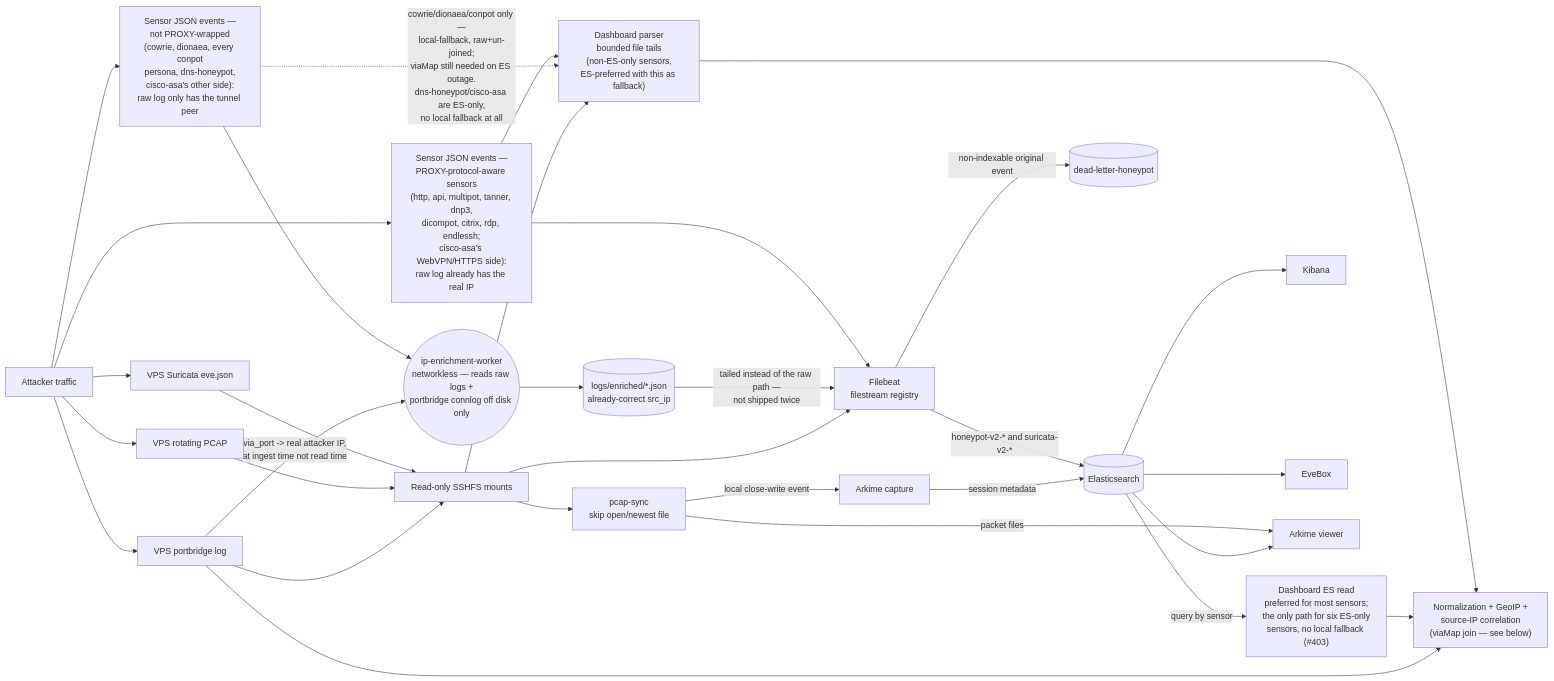
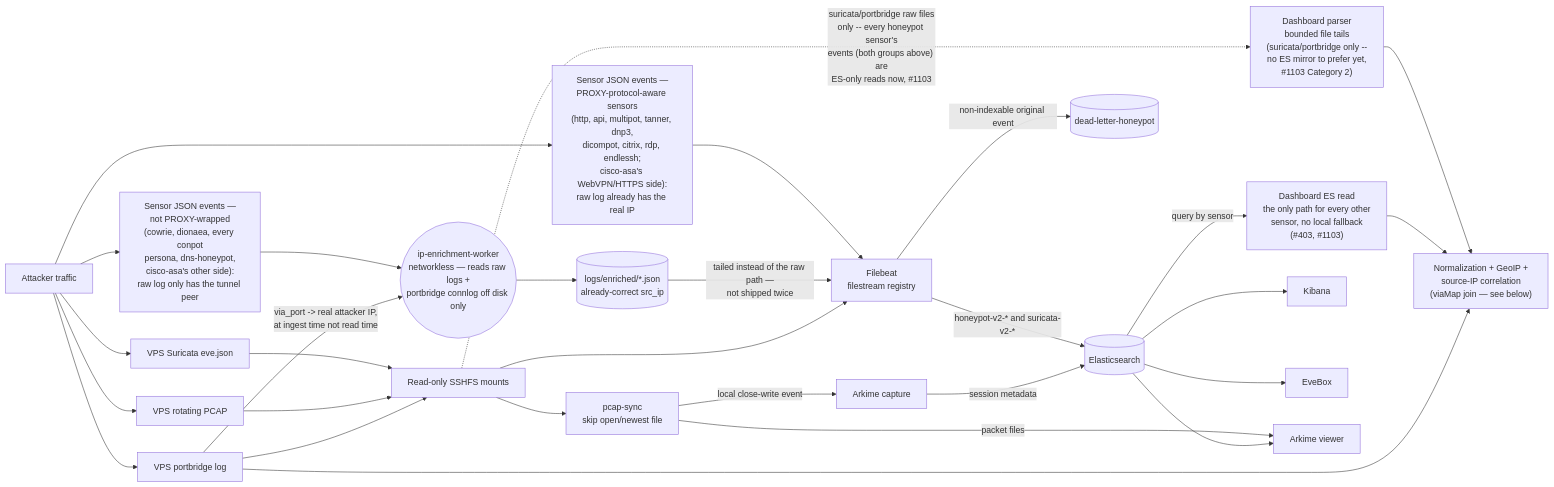
The fifth of 10 diagrams in docs/ARCHITECTURE.md (Xore/APIARY), drawn with Mermaid before and after one commit. The commit also changed other lines of this file and 4 other files, not shown here.

````diff
--- a/docs/ARCHITECTURE.md
+++ b/docs/ARCHITECTURE.md
@@ -547,60 +550,58 @@
 ```mermaid
 flowchart LR
   traffic["Attacker traffic"]
   sensorEventsProxy["Sensor JSON events —<br/>PROXY-protocol-aware sensors<br/>(http, api, multipot, tanner, dnp3,<br/>dicompot, citrix, rdp, endlessh;<br/>cisco-asa's WebVPN/HTTPS side):<br/>raw log already has the real IP"]
   sensorEventsJoin["Sensor JSON events —<br/>not PROXY-wrapped<br/>(cowrie, dionaea, every conpot<br/>persona, dns-honeypot,<br/>cisco-asa's other side):<br/>raw log only has the tunnel peer"]
   vpsEve["VPS Suricata eve.json"]
   vpsPcap["VPS rotating PCAP"]
   portLog["VPS portbridge log"]
   sshfs["Read-only SSHFS mounts"]
   ipEnrich(("ip-enrichment-worker<br/>networkless — reads raw logs +<br/>portbridge connlog off disk only"))
   enrichedLogs[("logs/enriched/*.json<br/>already-correct src_ip")]
   filebeat["Filebeat<br/>filestream registry"]
-  live["Dashboard parser<br/>bounded file tails<br/>(non-ES-only sensors,<br/>ES-preferred with this as fallback)"]
-  esRead["Dashboard ES read<br/>preferred for most sensors;<br/>the only path for six ES-only<br/>sensors, no local fallback (#403)"]
+  live["Dashboard parser<br/>bounded file tails<br/>(suricata/portbridge only --<br/>no ES mirror to prefer yet,<br/>#1103 Category 2)"]
+  esRead["Dashboard ES read<br/>the only path for every other<br/>sensor, no local fallback<br/>(#403, #1103)"]
   normalize["Normalization + GeoIP +<br/>source-IP correlation<br/>(viaMap join — see below)"]
   es[("Elasticsearch")]
   dlq[("dead-letter-honeypot")]
   kibana["Kibana"]
   evebox["EveBox"]
   sync["pcap-sync<br/>skip open/newest file"]
   arkime["Arkime capture"]
   viewer["Arkime viewer"]
 
   traffic --> sensorEventsProxy
   traffic --> sensorEventsJoin
   traffic --> vpsEve
   traffic --> vpsPcap
   traffic --> portLog
 
   vpsEve --> sshfs
   vpsPcap --> sshfs
   portLog --> sshfs
 
   sensorEventsJoin --> ipEnrich
   portLog -->|"via_port -> real attacker IP,<br/>at ingest time not read time"| ipEnrich
   ipEnrich --> enrichedLogs
 
   sensorEventsProxy --> filebeat
   enrichedLogs -->|"tailed instead of the raw path —<br/>not shipped twice"| filebeat
   sshfs --> filebeat
   filebeat -->|"honeypot-v2-* and suricata-v2-*"| es
   filebeat -->|"non-indexable original event"| dlq
   es --> kibana
 
-  sensorEventsProxy --> live
-  sensorEventsJoin -.->|"cowrie/dionaea/conpot only —<br/>local-fallback, raw+un-joined;<br/>viaMap still needed on ES outage.<br/>dns-honeypot/cisco-asa are ES-only,<br/>no local fallback at all"| live
-  sshfs --> live
+  sshfs -.->|"suricata/portbridge raw files<br/>only -- every honeypot sensor's<br/>events (both groups above) are<br/>ES-only reads now, #1103"| live
   live --> normalize
   es -->|"query by sensor"| esRead
   esRead --> normalize
   portLog --> normalize
 
   es --> evebox
 
   sshfs --> sync
   sync -->|"local close-write event"| arkime
   arkime -->|"session metadata"| es
   sync -->|"packet files"| viewer
   es --> viewer
 ```
````
